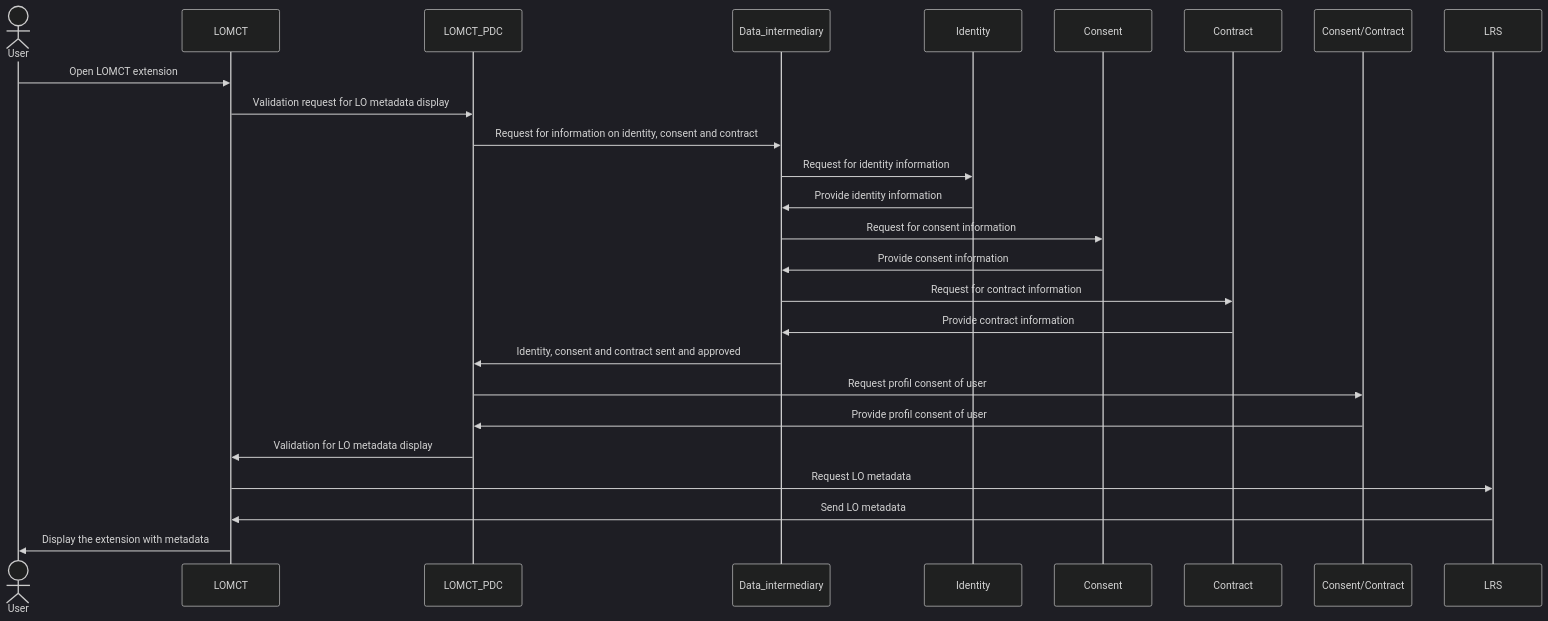
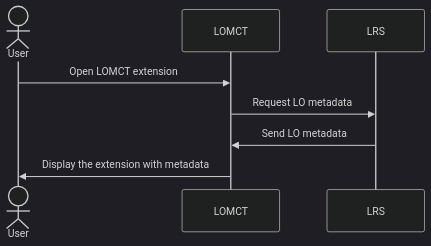
Before and after one commit to Prometheus-X-association/lomct: the third of 4 diagrams in docs/design-document.md, drawn with Mermaid (dark theme). The commit also changed other lines of this file, not shown here.

````diff
--- a/docs/design-document.md
+++ b/docs/design-document.md
@@ -628,20 +627,8 @@
 ```mermaid
 sequenceDiagram
    actor User as User
    User->>LOMCT: Open LOMCT extension
-   LOMCT->>LOMCT_PDC: Validation request for LO metadata display
-   LOMCT_PDC->>Data_intermediary: Request for information on identity, consent and contract
-   Data_intermediary->>Identity: Request for identity information
-   Identity->>Data_intermediary: Provide identity information
-   Data_intermediary->>Consent: Request for consent information
-   Consent->>Data_intermediary: Provide consent information
-   Data_intermediary->>Contract: Request for contract information
-   Contract->>Data_intermediary: Provide contract information
-   Data_intermediary->>LOMCT_PDC: Identity, consent and contract sent and approved
-   LOMCT_PDC->>Consent/Contract: Request profil consent of user
-   Consent/Contract->>LOMCT_PDC: Provide profil consent of user
-   LOMCT_PDC->>LOMCT: Validation for LO metadata display
    LOMCT->>LRS: Request LO metadata
    LRS->>LOMCT: Send LO metadata
    LOMCT->>User: Display the extension with metadata
 ```
````
